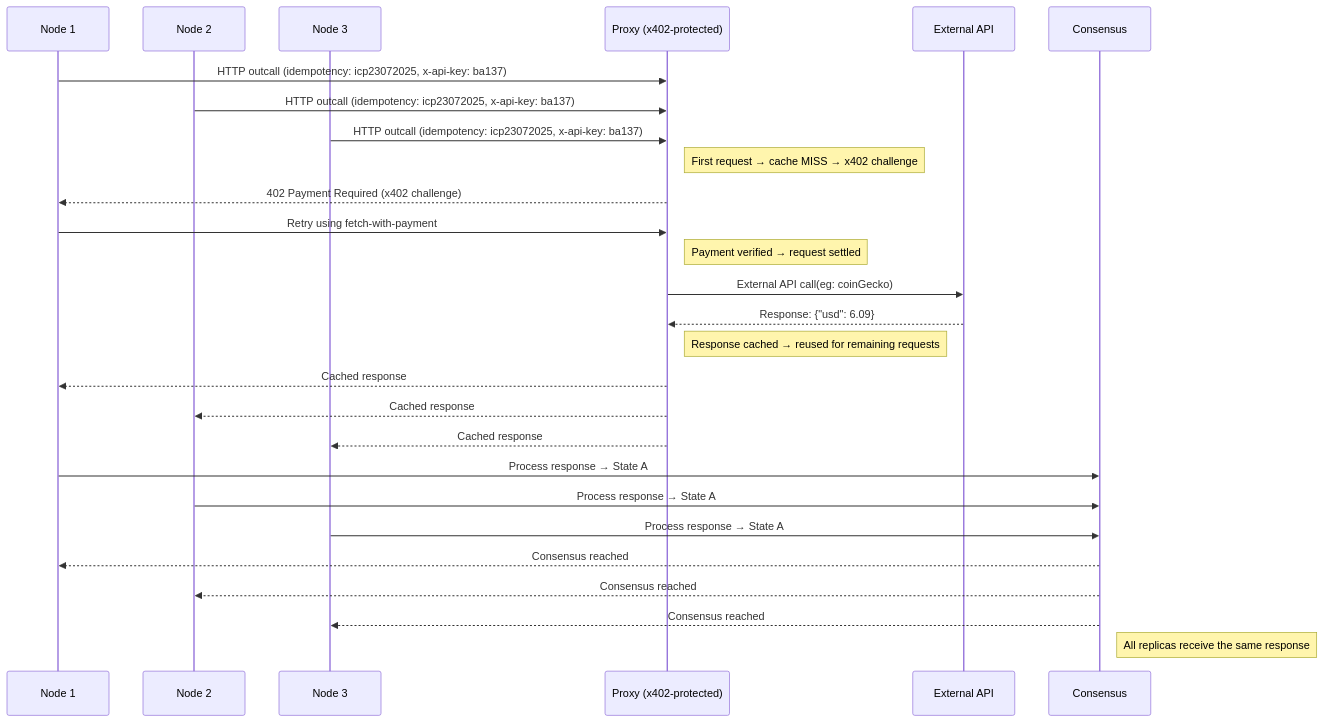
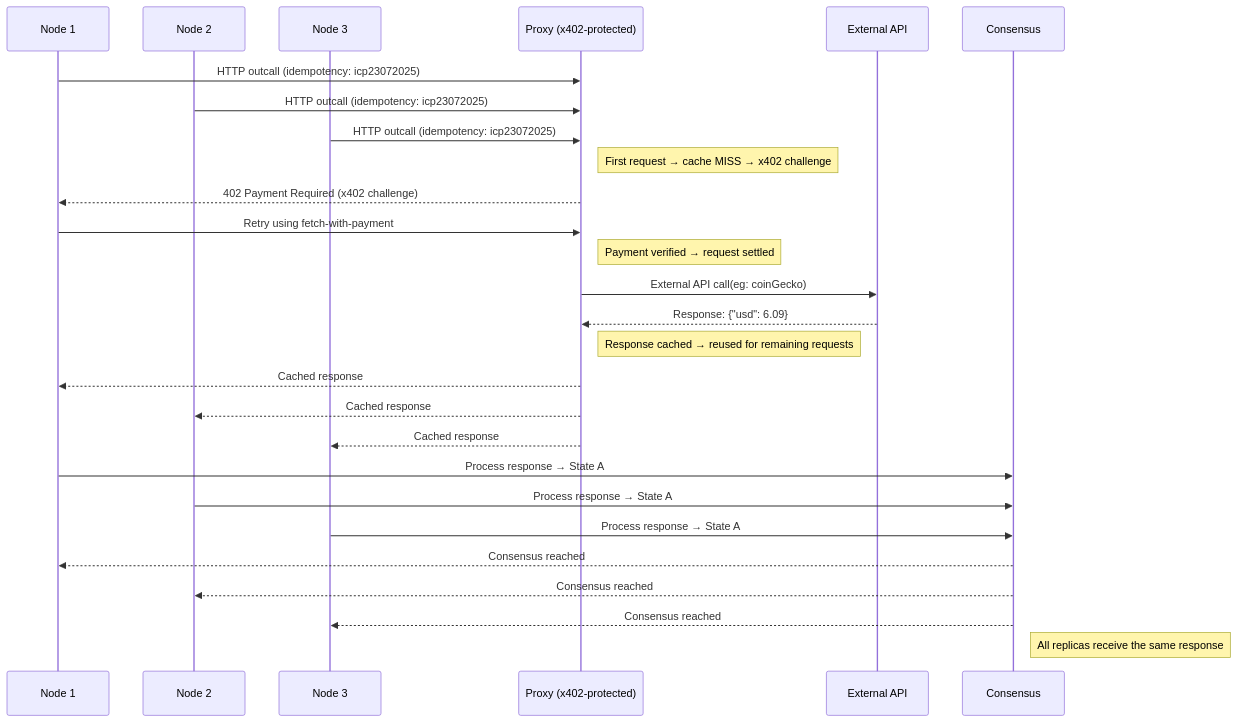
Before and after one commit to Demali-876/consensus: the diagram in README.md, drawn with Mermaid. The commit also changed other lines of this file and 7 other files, not shown here.

Commit message:
refactor(proxy): remove API-key dedupe scoping

````diff
--- a/README.md
+++ b/README.md
@@ -68,39 +68,39 @@
 ```mermaid
 sequenceDiagram
     participant R1 as Node 1
     participant R2 as Node 2
     participant R3 as Node 3
     participant P as Proxy (x402-protected)
     participant API as External API
     participant C as Consensus
 
-    R1->>P: HTTP outcall (idempotency: icp23072025, x-api-key: ba137)
-    R2->>P: HTTP outcall (idempotency: icp23072025, x-api-key: ba137)
-    R3->>P: HTTP outcall (idempotency: icp23072025, x-api-key: ba137)
+    R1->>P: HTTP outcall (idempotency: icp23072025)
+    R2->>P: HTTP outcall (idempotency: icp23072025)
+    R3->>P: HTTP outcall (idempotency: icp23072025)
 
     Note right of P: First request → cache MISS → x402 challenge
 
     P-->>R1: 402 Payment Required (x402 challenge)
     R1->>P: Retry using fetch-with-payment
 
     Note right of P: Payment verified → request settled
 
     P->>API: External API call(eg: coinGecko)
     API-->>P: Response: {"usd": 6.09}
 
     Note right of P: Response cached → reused for remaining requests
 
     P-->>R1: Cached response
     P-->>R2: Cached response
     P-->>R3: Cached response
 
     R1->>C: Process response → State A
     R2->>C: Process response → State A
     R3->>C: Process response → State A
 
     C-->>R1: Consensus reached
     C-->>R2: Consensus reached
     C-->>R3: Consensus reached
 
     Note right of C: All replicas receive the same response
 ```
````
